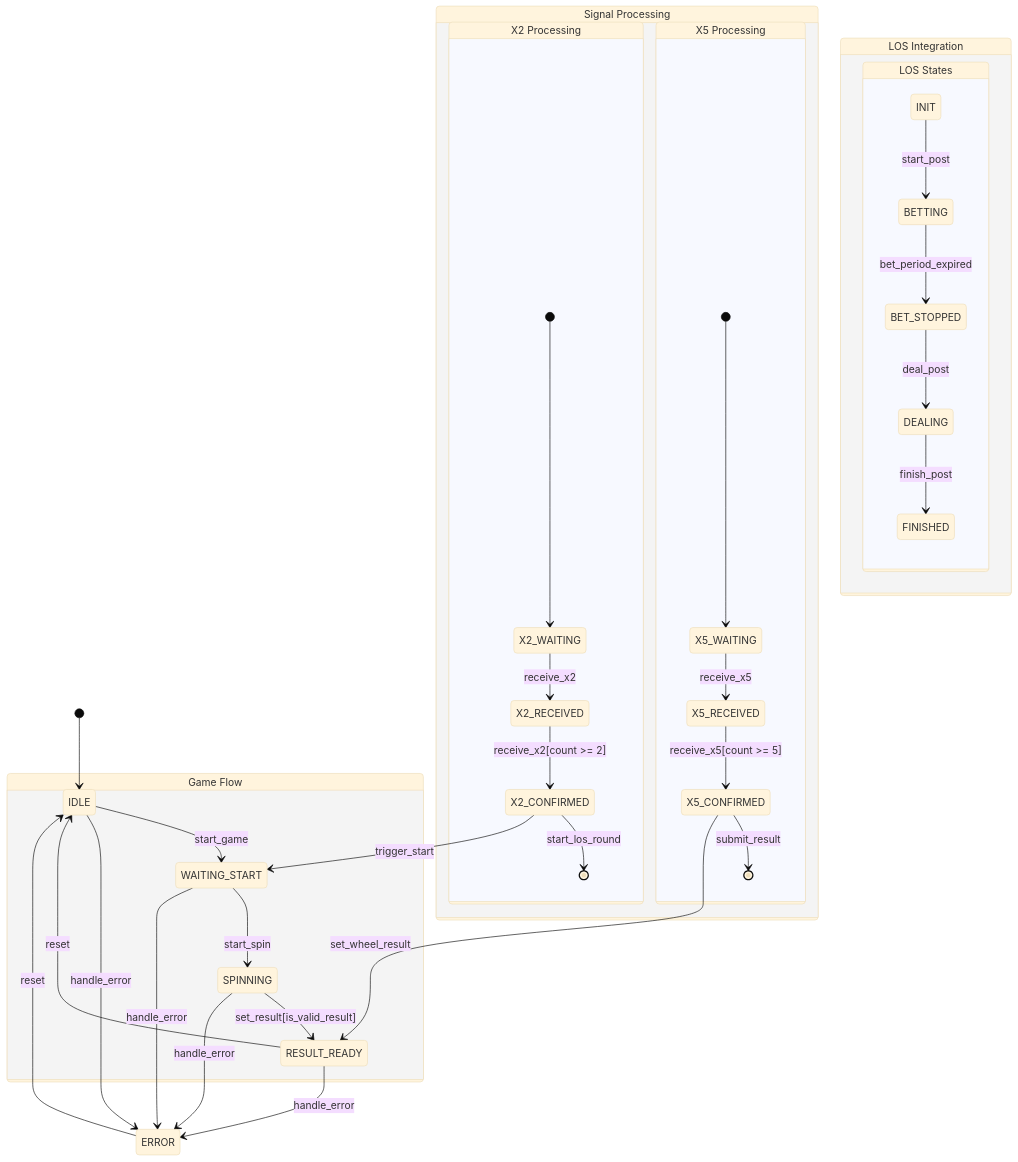
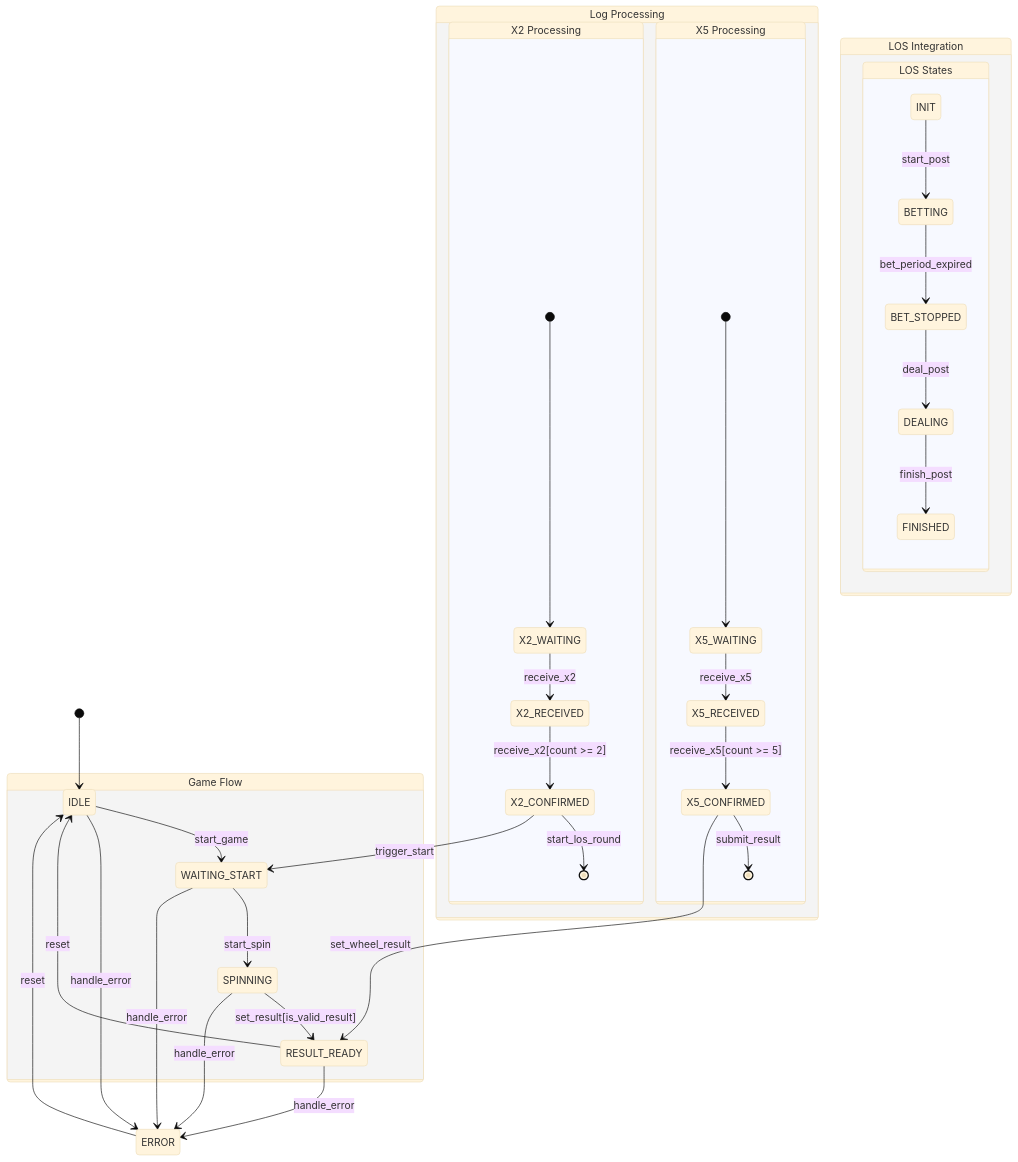
One commit to ikigai-kevin-k/studio-sdp-mirror changed the second of 6 diagrams in src/refactor/README.md. Above: the diagram before and after it, drawn with Mermaid (base theme). The commit also changed other lines of this file, not shown here.

Commit message:
modified some words more precisely

````diff
--- a/src/refactor/README.md
+++ b/src/refactor/README.md
@@ -38,46 +38,46 @@
 ```mermaid
 stateDiagram-v2
     [*] --> IDLE
     
     state "Game Flow" as GF {
         IDLE --> WAITING_START: start_game
         WAITING_START --> SPINNING: start_spin
         SPINNING --> RESULT_READY: set_result[is_valid_result]
         RESULT_READY --> IDLE: reset
     }
     
-    state "Signal Processing" as SP {
+    state "Log Processing" as SP {
         state "X2 Processing" as X2 {
             [*] --> X2_WAITING
             X2_WAITING --> X2_RECEIVED: receive_x2
             X2_RECEIVED --> X2_CONFIRMED: receive_x2[count >= 2]
             X2_CONFIRMED --> [*]: start_los_round
         }
         
         state "X5 Processing" as X5 {
             [*] --> X5_WAITING
             X5_WAITING --> X5_RECEIVED: receive_x5
             X5_RECEIVED --> X5_CONFIRMED: receive_x5[count >= 5]
             X5_CONFIRMED --> [*]: submit_result
         }
     }
     
     state "LOS Integration" as LOS {
         state "LOS States" as LS {
             INIT --> BETTING: start_post
             BETTING --> BET_STOPPED: bet_period_expired
             BET_STOPPED --> DEALING: deal_post
             DEALING --> FINISHED: finish_post
         }
     }
     
     X2_CONFIRMED --> WAITING_START: trigger_start
     X5_CONFIRMED --> RESULT_READY: set_wheel_result
     
     state ERROR
     IDLE --> ERROR: handle_error
     WAITING_START --> ERROR: handle_error
     SPINNING --> ERROR: handle_error
     RESULT_READY --> ERROR: handle_error
     ERROR --> IDLE: reset
 ```
````
